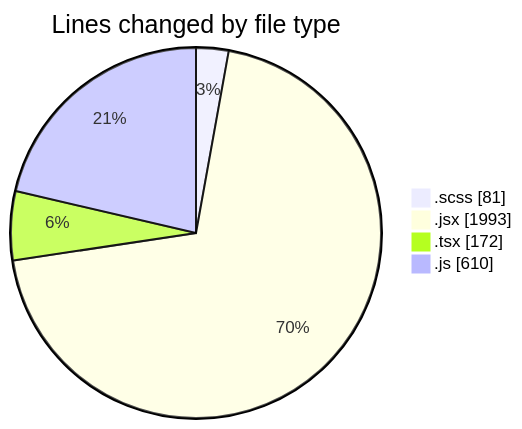
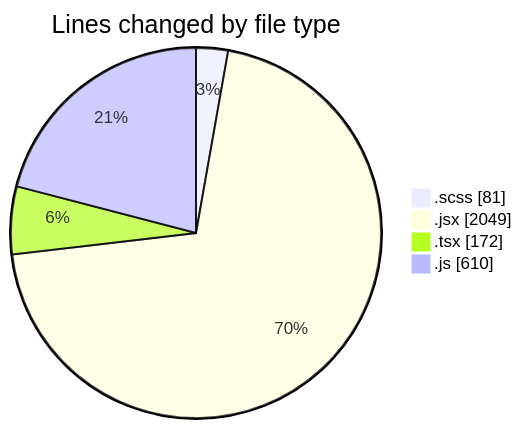
One commit to momahboobian/code-tracking changed the first of 2 diagrams in 2025-06-03/cda/README.md. Above: the diagram before and after it, drawn with Mermaid. The commit also changed other lines of this file and 1 other file, not shown here.

````diff
--- a/2025-06-03/cda/README.md
+++ b/2025-06-03/cda/README.md
@@ -25,8 +26,8 @@
 ```mermaid
 pie showData
 title Lines changed by file type
 ".scss" : 81
-".jsx" : 1993
+".jsx" : 2049
 ".tsx" : 172
 ".js" : 610
 ```
````
